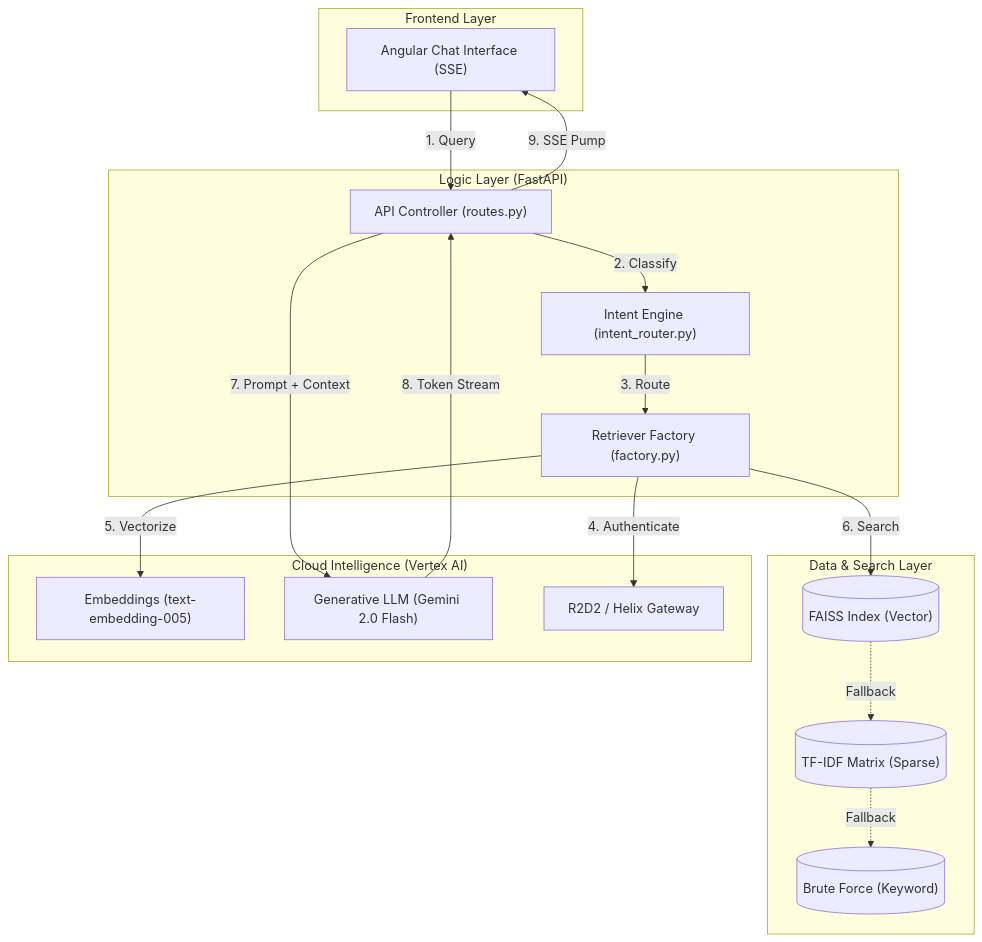
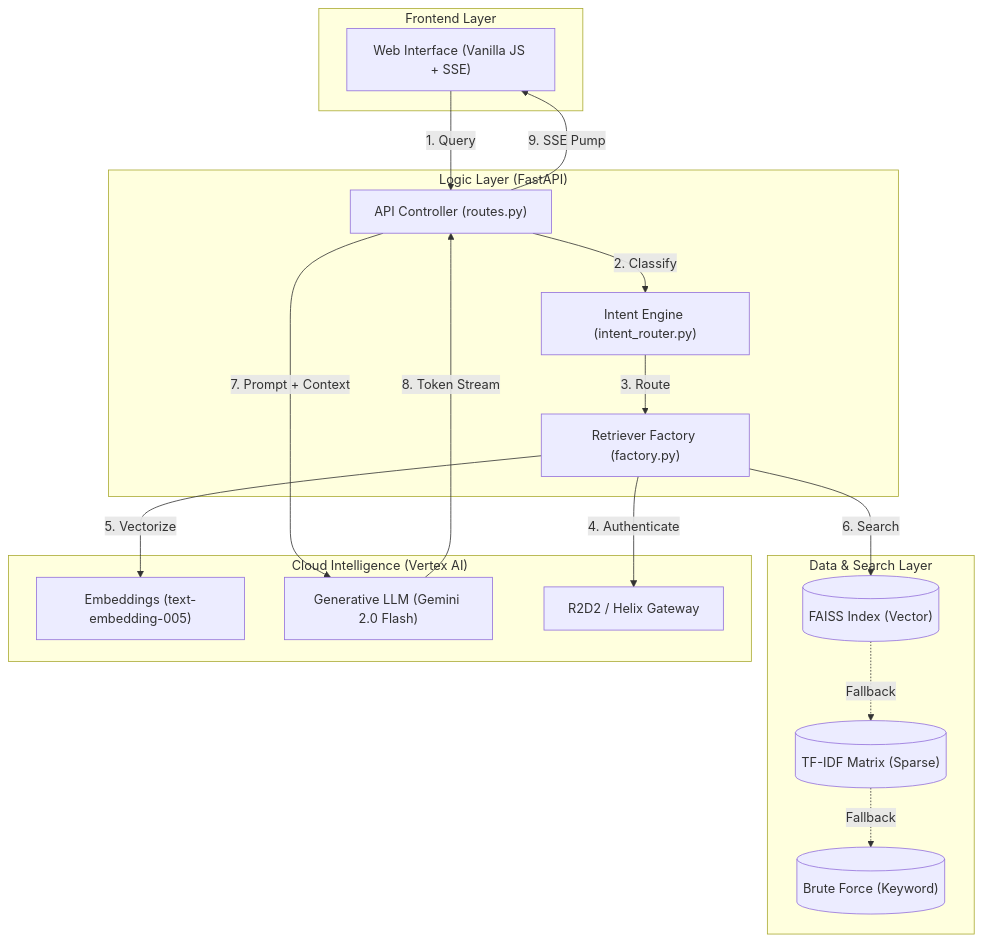
The first of 2 diagrams in TECHNICAL_WALKTHROUGH.md (sana-work/rag-poc), drawn with Mermaid before and after one commit. The commit also changed other lines of this file and 5 other files, not shown here.

````diff
--- a/TECHNICAL_WALKTHROUGH.md
+++ b/TECHNICAL_WALKTHROUGH.md
@@ -26,37 +40,37 @@
 ```mermaid
 graph TB
     subgraph "Frontend Layer"
-        UI["Angular Chat Interface (SSE)"]
+        UI["Web Interface (Vanilla JS + SSE)"]
     end
 
     subgraph "Logic Layer (FastAPI)"
         API["API Controller (routes.py)"]
         IR["Intent Engine (intent_router.py)"]
         RT["Retriever Factory (factory.py)"]
     end
 
     subgraph "Data & Search Layer"
         FSS[("FAISS Index (Vector)")]
         TFD[("TF-IDF Matrix (Sparse)")]
         BRT[("Brute Force (Keyword)")]
     end
 
     subgraph "Cloud Intelligence (Vertex AI)"
         EMB["Embeddings (text-embedding-005)"]
         GEN["Generative LLM (Gemini 2.0 Flash)"]
         SEC["R2D2 / Helix Gateway"]
     end
 
     %% Interaction Flow
     UI -->|1. Query| API
     API -->|2. Classify| IR
     IR -->|3. Route| RT
     RT -->|4. Authenticate| SEC
     RT -->|5. Vectorize| EMB
     RT -->|6. Search| FSS
     FSS -.->|Fallback| TFD
     TFD -.->|Fallback| BRT
     API -->|7. Prompt + Context| GEN
     GEN -->|8. Token Stream| API
     API -->|9. SSE Pump| UI
 ```
````
